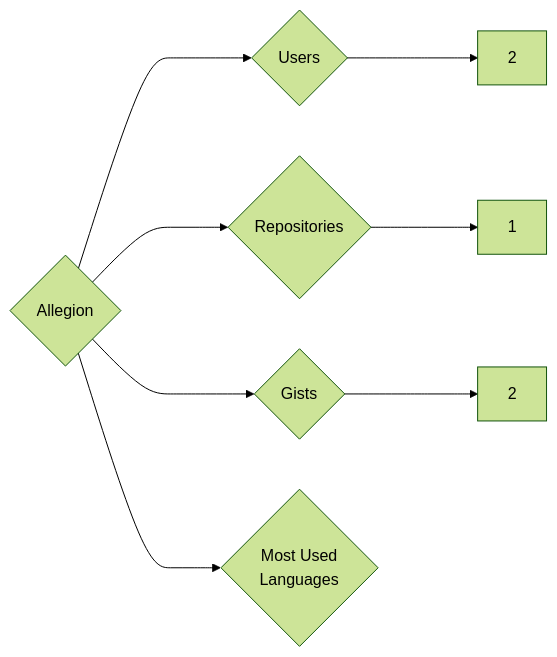
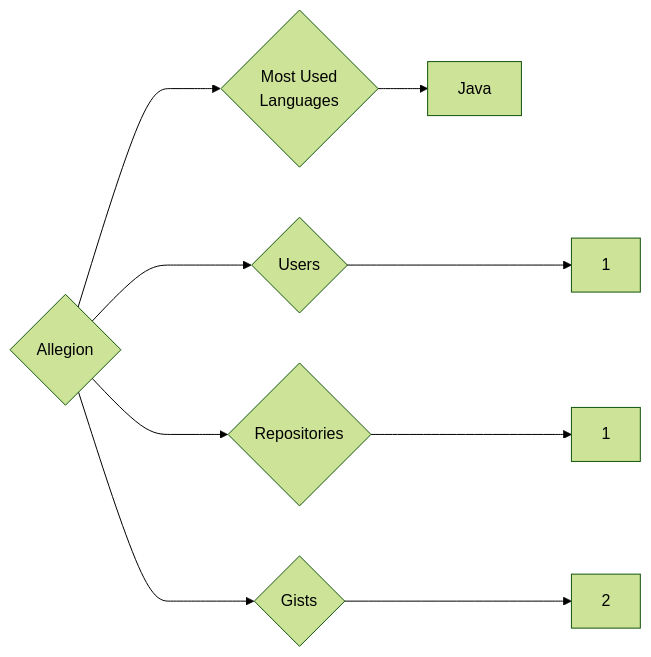
Before and after one commit to trickest/insiders: the diagram in targets/Allegion/README.md, drawn with Mermaid (forest theme). The commit also changed 840 other files, not shown here.

````diff
--- a/targets/Allegion/README.md
+++ b/targets/Allegion/README.md
@@ -3,8 +3,9 @@
 ```mermaid
 graph LR
 COMPANY_NAME{Allegion}
-COMPANY_NAME ---> U{Users} ---> UN[2]
+COMPANY_NAME ---> U{Users} ---> UN[1]
 COMPANY_NAME ---> R{Repositories} ---> RN[1]
 COMPANY_NAME ---> G{Gists} ---> GN[2]
 COMPANY_NAME ---> ML{Most Used<br>Languages}
+ML --> Java[Java]
 ```
````
